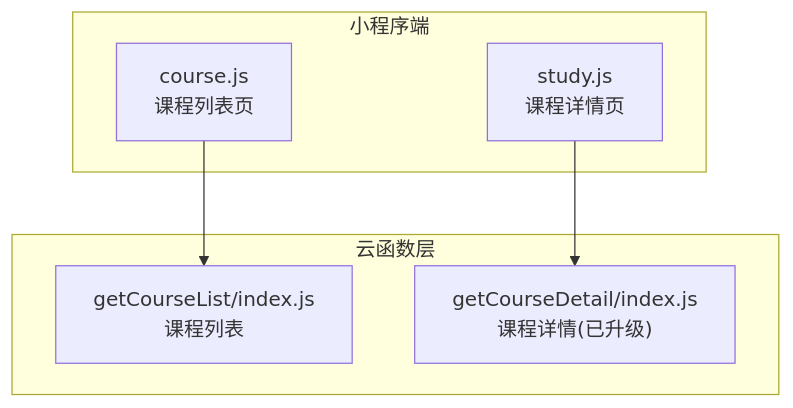
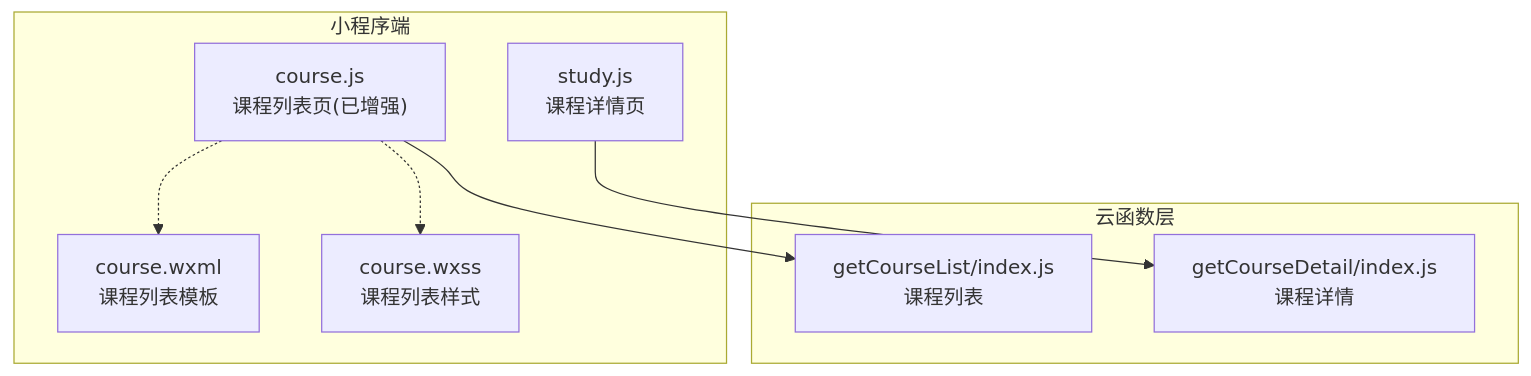
One commit to cwb7756/bio changed the first of 5 diagrams in .qoder/repowiki/zh/content/核心功能模块/课程学习系统/课程管理模块.md. Above: the diagram before and after it, drawn with Mermaid. The commit also changed other lines of this file and 14 other files, not shown here.

First line of the commit message:
feat(knowledgeMap): 增强知识图谱功能，新增种子数据生成器

````diff
--- a/.qoder/repowiki/zh/content/核心功能模块/课程学习系统/课程管理模块.md
+++ b/.qoder/repowiki/zh/content/核心功能模块/课程学习系统/课程管理模块.md
@@ -44,13 +46,17 @@
 ```mermaid
 graph TB
 subgraph "小程序端"
-C["course.js<br/>课程列表页"]
+C["course.js<br/>课程列表页(已增强)"]
+CWXML["course.wxml<br/>课程列表模板"]
+CWSS["course.wxss<br/>课程列表样式"]
 S["study.js<br/>课程详情页"]
 end
 subgraph "云函数层"
 L["getCourseList/index.js<br/>课程列表"]
-D["getCourseDetail/index.js<br/>课程详情(已升级)"]
+D["getCourseDetail/index.js<br/>课程详情"]
 end
 C --> L
 S --> D
+C -.-> CWXML
+C -.-> CWSS
 ```
````
